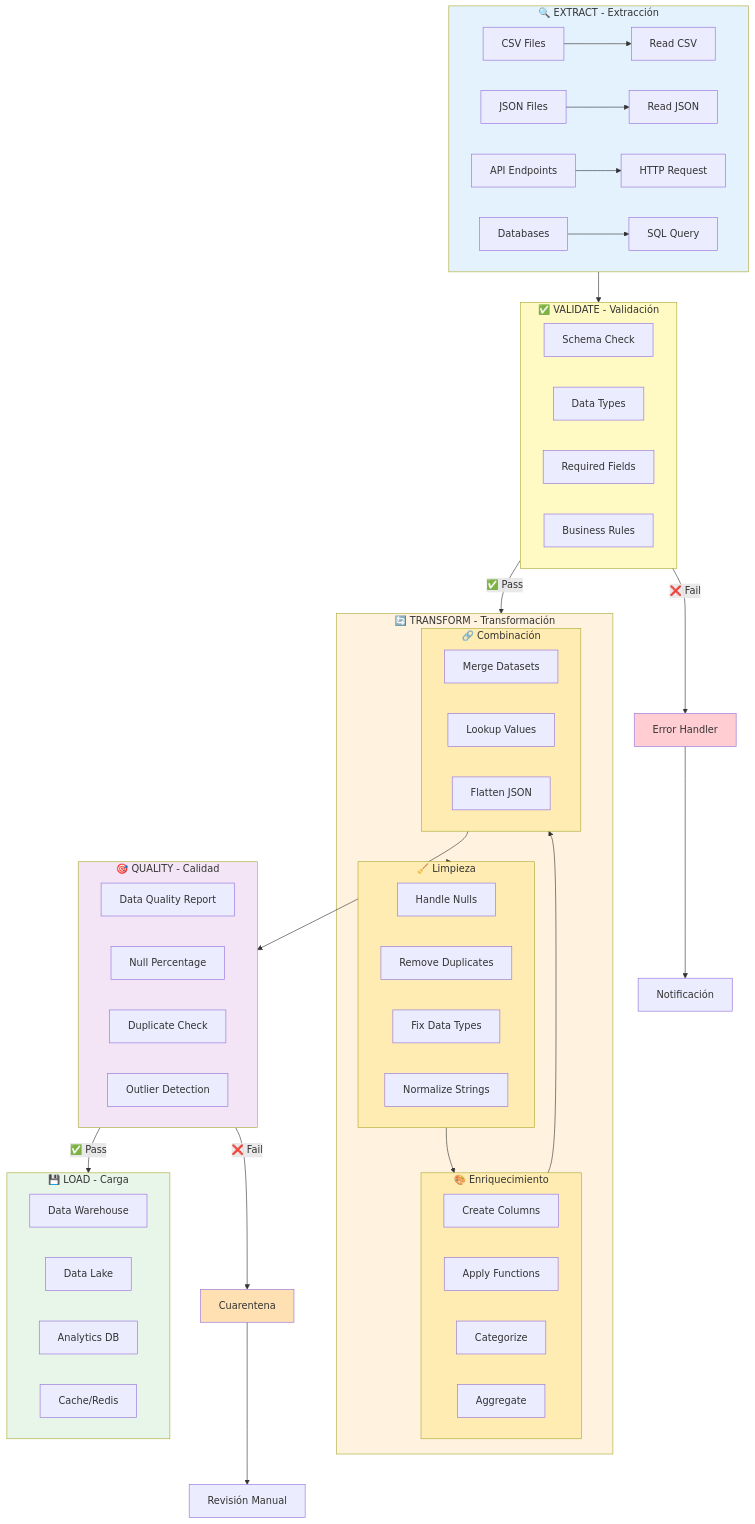
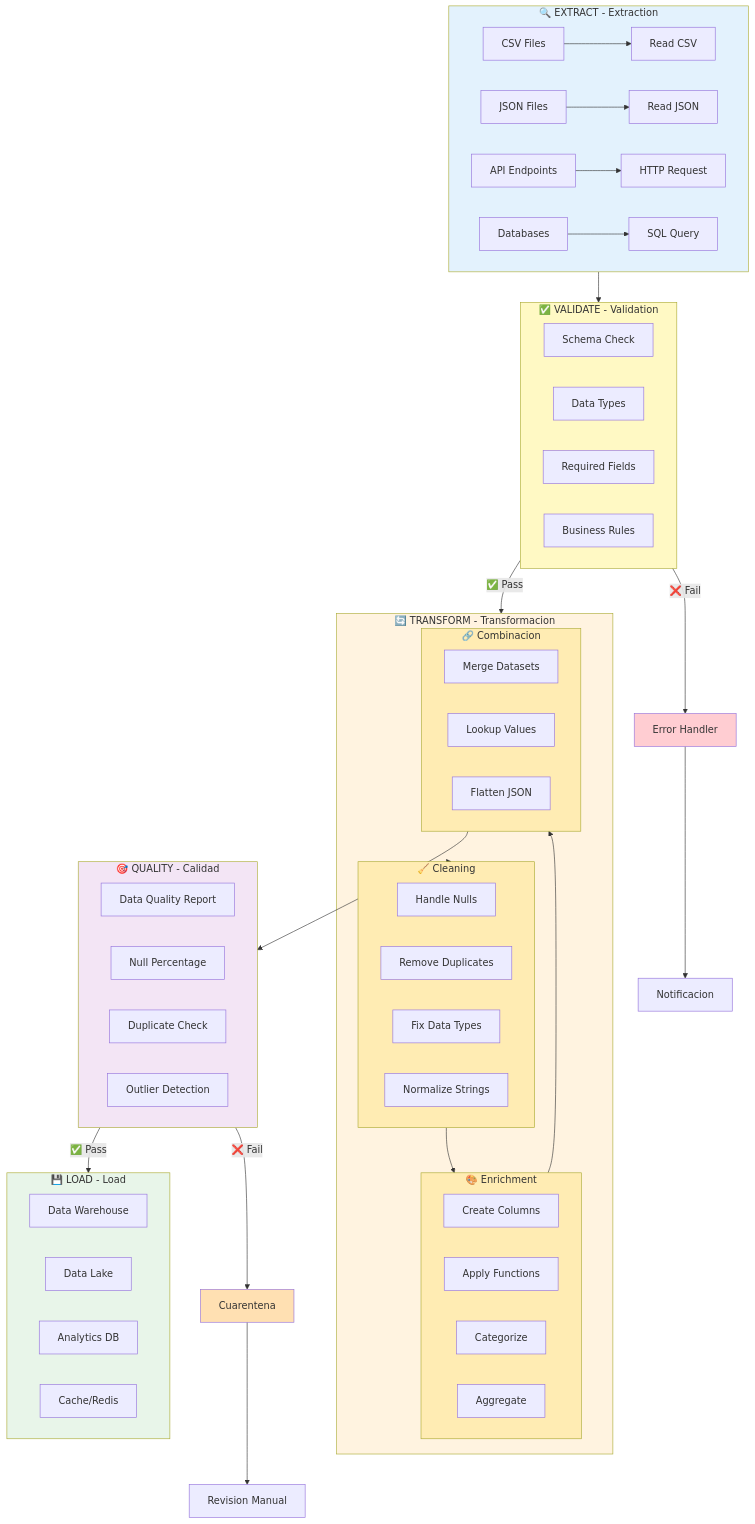
One commit to nanlabs/nan-data-engineering-labs changed the fourth of 8 diagrams in modules/module-04-python-for-data/assets/diagrams/data-flow.md. Above: the diagram before and after it, drawn with Mermaid. The commit also changed other lines of this file and 23 other files, not shown here.

````diff
--- a/modules/module-04-python-for-data/assets/diagrams/data-flow.md
+++ b/modules/module-04-python-for-data/assets/diagrams/data-flow.md
@@ -131,78 +131,78 @@
 ```mermaid
 flowchart TB
-    subgraph EXTRACT[" 🔍 EXTRACT - Extracción"]
+    subgraph EXTRACT[" 🔍 EXTRACT - Extraction"]
         A1[CSV Files] --> A2[Read CSV]
         A3[JSON Files] --> A4[Read JSON]
         A5[API Endpoints] --> A6[HTTP Request]
         A7[Databases] --> A8[SQL Query]
     end
     
-    subgraph VALIDATE[" ✅ VALIDATE - Validación"]
+    subgraph VALIDATE[" ✅ VALIDATE - Validation"]
         V1[Schema Check]
         V2[Data Types]
         V3[Required Fields]
         V4[Business Rules]
     end
     
-    subgraph TRANSFORM[" 🔄 TRANSFORM - Transformación"]
-        subgraph CLEAN[" 🧹 Limpieza"]
+    subgraph TRANSFORM[" 🔄 TRANSFORM - Transformacion"]
+        subgraph CLEAN[" 🧹 Cleaning"]
             T1[Handle Nulls]
             T2[Remove Duplicates]
             T3[Fix Data Types]
             T4[Normalize Strings]
         end
         
-        subgraph ENRICH[" 🎨 Enriquecimiento"]
+        subgraph ENRICH[" 🎨 Enrichment"]
             T5[Create Columns]
             T6[Apply Functions]
             T7[Categorize]
             T8[Aggregate]
         end
         
-        subgraph JOIN[" 🔗 Combinación"]
+        subgraph JOIN[" 🔗 Combinacion"]
             T9[Merge Datasets]
             T10[Lookup Values]
             T11[Flatten JSON]
         end
     end
     
     subgraph QUALITY[" 🎯 QUALITY - Calidad"]
         Q1[Data Quality Report]
         Q2[Null Percentage]
         Q3[Duplicate Check]
         Q4[Outlier Detection]
     end
     
-    subgraph LOAD[" 💾 LOAD - Carga"]
+    subgraph LOAD[" 💾 LOAD - Load"]
         L1[Data Warehouse]
         L2[Data Lake]
         L3[Analytics DB]
         L4[Cache/Redis]
     end
     
     EXTRACT --> VALIDATE
     VALIDATE -->|✅ Pass| TRANSFORM
     VALIDATE -->|❌ Fail| ERROR[Error Handler]
     
     TRANSFORM --> CLEAN
     CLEAN --> ENRICH
     ENRICH --> JOIN
     
     JOIN --> QUALITY
     QUALITY -->|✅ Pass| LOAD
     QUALITY -->|❌ Fail| QUARANTINE[Cuarentena]
     
-    ERROR --> NOTIFY[Notificación]
-    QUARANTINE --> REVIEW[Revisión Manual]
+    ERROR --> NOTIFY[Notificacion]
+    QUARANTINE --> REVIEW[Revision Manual]
     
     style EXTRACT fill:#e3f2fd
     style VALIDATE fill:#fff9c4
     style TRANSFORM fill:#fff3e0
     style CLEAN fill:#ffecb3
     style ENRICH fill:#ffecb3
     style JOIN fill:#ffecb3
     style QUALITY fill:#f3e5f5
     style LOAD fill:#e8f5e9
     style ERROR fill:#ffcdd2
     style QUARANTINE fill:#ffe0b2
 ```
````
